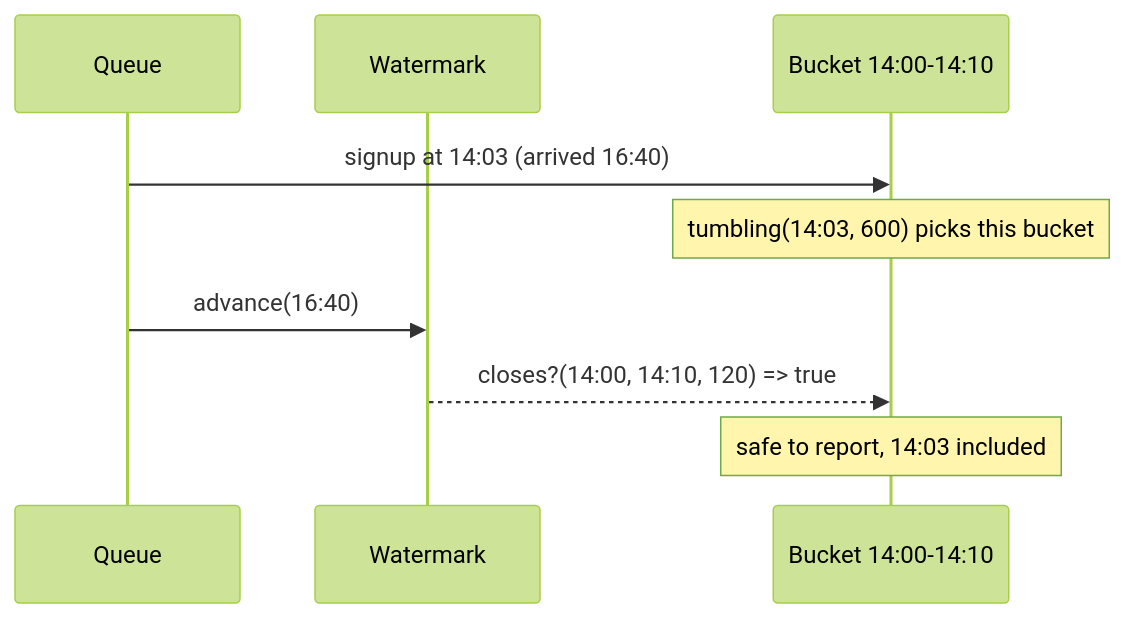
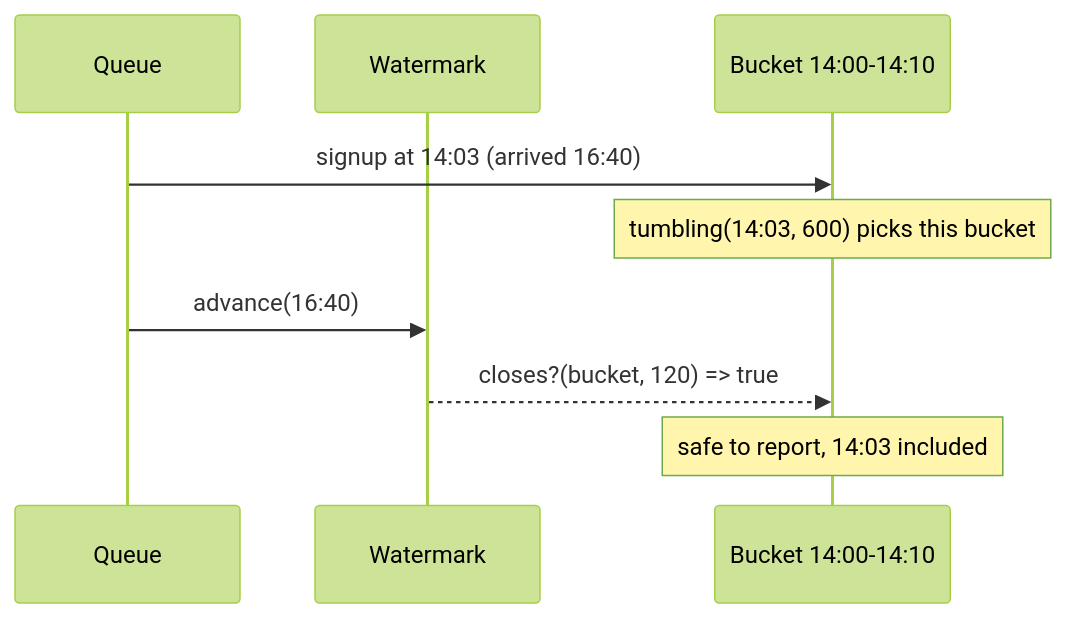
Before and after one commit to seuros/window_machines: the second of 2 diagrams in README.md, drawn with Mermaid (forest theme). The commit also changed other lines of this file and 13 other files, not shown here.

````diff
--- a/README.md
+++ b/README.md
@@ -75,12 +80,12 @@
 ```mermaid
 sequenceDiagram
     participant Q as Queue
     participant W as Watermark
     participant B as Bucket 14:00-14:10
 
     Q->>B: signup at 14:03 (arrived 16:40)
     Note over B: tumbling(14:03, 600) picks this bucket
     Q->>W: advance(16:40)
-    W-->>B: closes?(14:00, 14:10, 120) => true
+    W-->>B: closes?(bucket, 120) => true
     Note over B: safe to report, 14:03 included
 ```
````
